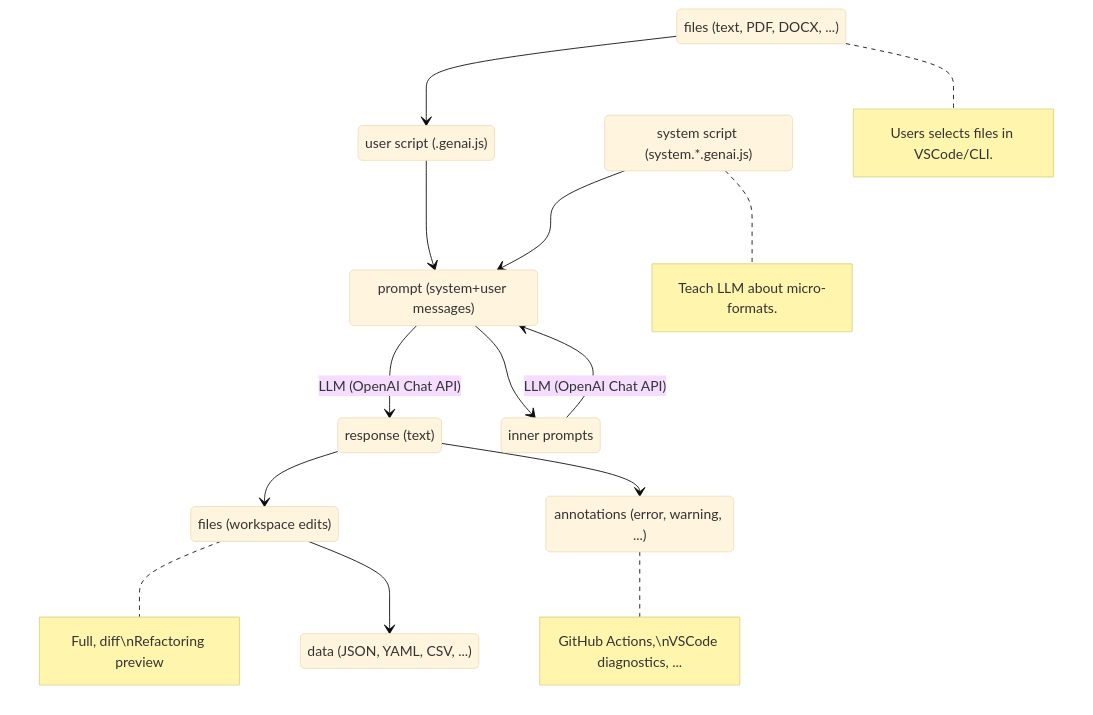
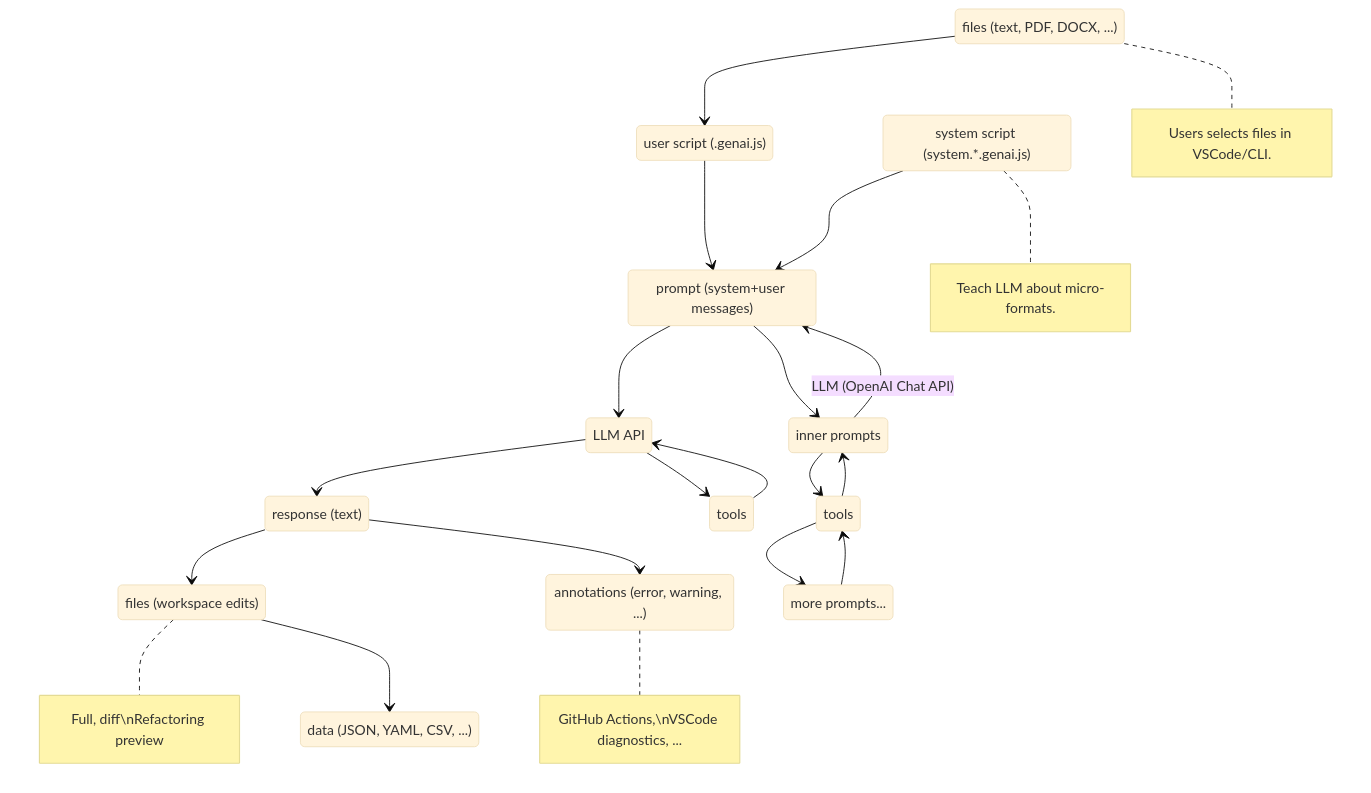
The diagram in slides/pages/script-pipeline.md (microsoft/genaiscript), drawn with Mermaid (base theme) before and after one commit. The commit also changed 4 other files, not shown here.

````diff
--- a/slides/pages/script-pipeline.md
+++ b/slides/pages/script-pipeline.md
@@ -1,25 +1,35 @@
-```mermaid { scale: 0.75 }
+```mermaid { scale: 0.6 }
 stateDiagram
     context: files (text, PDF, DOCX, ...)
     script : user script (.genai.js)
     prompt : prompt (system+user messages)
     system: system script (system.*.genai.js)
     context --> script
     note right of context : Users selects files in VSCode/CLI.
     script --> prompt
     system --> prompt
     note right of system: Teach LLM about micro-formats.
-    prompt --> response : LLM (OpenAI Chat API)
+    prompt --> api
+    api --> response
+    api: LLM API
+    api --> tools
+    tools --> api    
     prompt --> run_prompt
     run_prompt --> prompt : LLM (OpenAI Chat API)
     run_prompt: inner prompts
+    run_prompt --> inner_tools
+    inner_tools --> run_prompt
+    inner_tools: tools
+    inner_tools --> inner2_prompts
+    inner2_prompts --> inner_tools
+    inner2_prompts: more prompts...
     response: response (text)
     files: files (workspace edits)
     data: data (JSON, YAML, CSV, ...)
     annotations: annotations (error, warning, ...)
     note right of files: Full, diff\nRefactoring preview
     note right of annotations: GitHub Actions,\nVSCode diagnostics, ...
     response --> files
     files --> data
     response --> annotations
 ```
````
